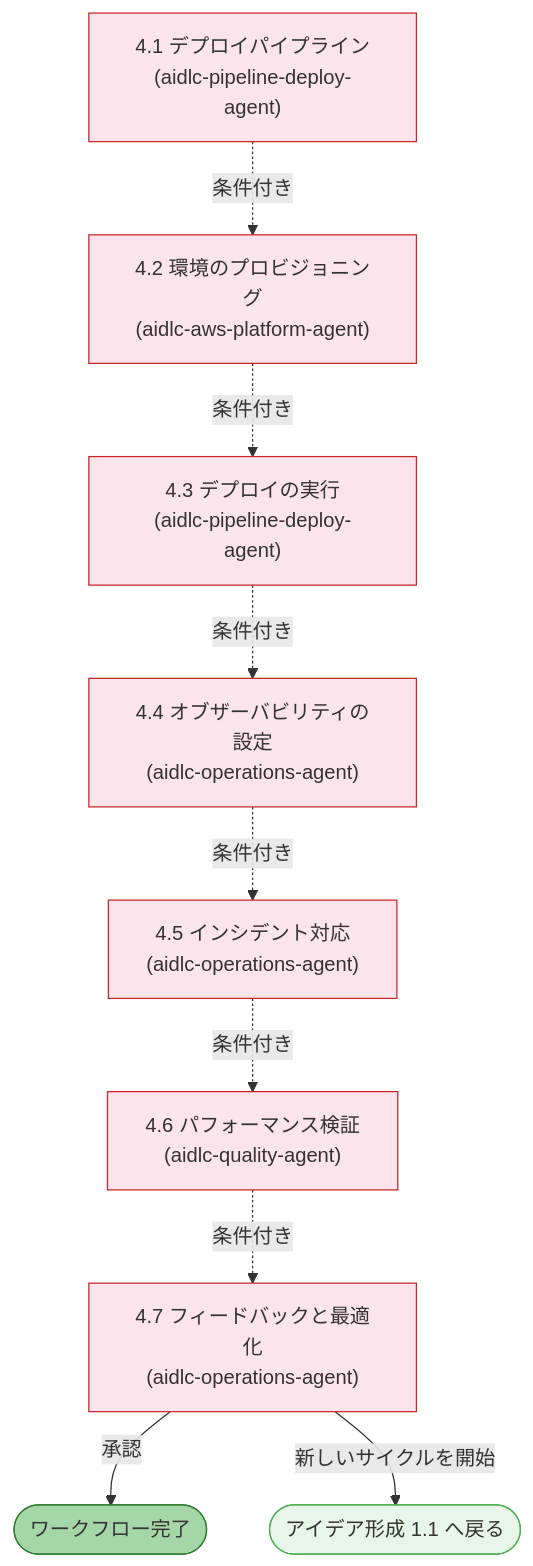
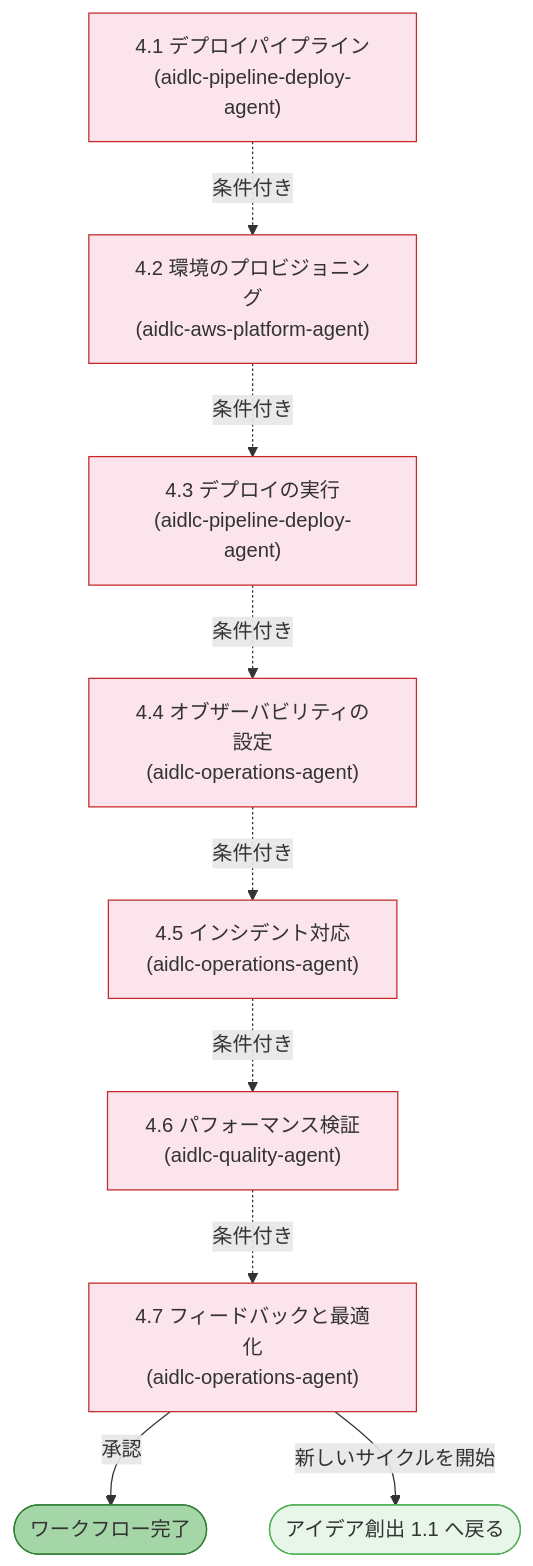
Before and after one commit to otomatty/aidlc-workflows-docs: the sixth of 6 diagrams in docs/guide/04-phases-and-stages.mdx, drawn with Mermaid. The commit also changed other lines of this file and 61 other files, not shown here.

````diff
--- a/docs/guide/04-phases-and-stages.mdx
+++ b/docs/guide/04-phases-and-stages.mdx
@@ -346,30 +346,30 @@
 ```mermaid
 flowchart TD
     S41["4.1 デプロイパイプライン\n(aidlc-pipeline-deploy-agent)"]
     S42["4.2 環境のプロビジョニング\n(aidlc-aws-platform-agent)"]
     S43["4.3 デプロイの実行\n(aidlc-pipeline-deploy-agent)"]
     S44["4.4 オブザーバビリティの設定\n(aidlc-operations-agent)"]
     S45["4.5 インシデント対応\n(aidlc-operations-agent)"]
     S46["4.6 パフォーマンス検証\n(aidlc-quality-agent)"]
     S47["4.7 フィードバックと最適化\n(aidlc-operations-agent)"]
 
     S41 -.->|条件付き| S42
     S42 -.->|条件付き| S43
     S43 -.->|条件付き| S44
     S44 -.->|条件付き| S45
     S45 -.->|条件付き| S46
     S46 -.->|条件付き| S47
 
     S47 -->|"承認"| DONE(["ワークフロー完了"])
-    S47 -->|"新しいサイクルを開始"| IDEATION(["アイデア形成 1.1 へ戻る"])
+    S47 -->|"新しいサイクルを開始"| IDEATION(["アイデア創出 1.1 へ戻る"])
 
     style S41 fill:#fce4ec,stroke:#c62828
     style S42 fill:#fce4ec,stroke:#c62828
     style S43 fill:#fce4ec,stroke:#c62828
     style S44 fill:#fce4ec,stroke:#c62828
     style S45 fill:#fce4ec,stroke:#c62828
     style S46 fill:#fce4ec,stroke:#c62828
     style S47 fill:#fce4ec,stroke:#c62828
     style DONE fill:#a5d6a7,stroke:#2e7d32
     style IDEATION fill:#e8f5e9,stroke:#4caf50
 ```
````
